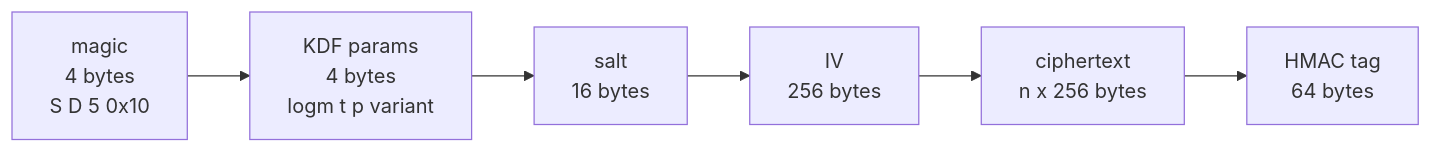
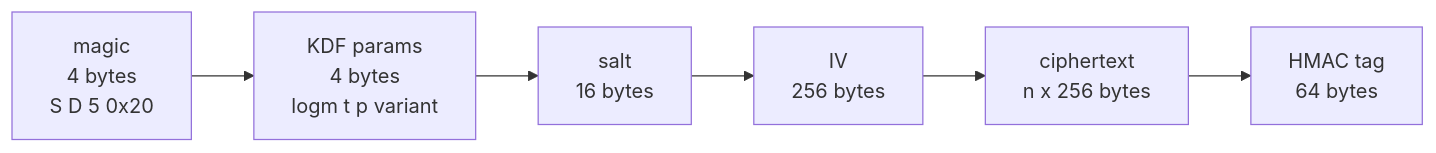
One commit to avw1ein/sillydes changed the eighth of 10 diagrams in STRUCTURE.md. Above: the diagram before and after it, drawn with Mermaid. The commit also changed other lines of this file and 8 other files, not shown here.

````diff
--- a/STRUCTURE.md
+++ b/STRUCTURE.md
@@ -332,4 +332,4 @@
 ```mermaid
 flowchart LR
-    A["magic<br/>4 bytes<br/>S D 5 0x10"] --> B["KDF params<br/>4 bytes<br/>logm t p variant"] --> C["salt<br/>16 bytes"] --> D["IV<br/>256 bytes"] --> E["ciphertext<br/>n x 256 bytes"] --> F["HMAC tag<br/>64 bytes"]
+    A["magic<br/>4 bytes<br/>S D 5 0x20"] --> B["KDF params<br/>4 bytes<br/>logm t p variant"] --> C["salt<br/>16 bytes"] --> D["IV<br/>256 bytes"] --> E["ciphertext<br/>n x 256 bytes"] --> F["HMAC tag<br/>64 bytes"]
 ```
````
